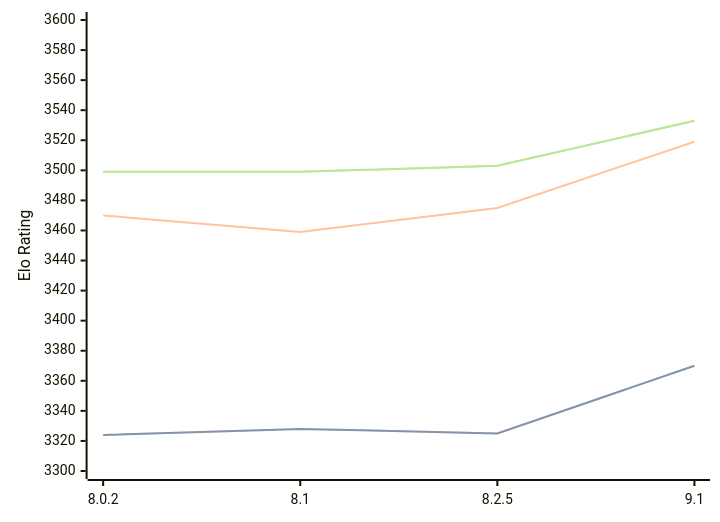
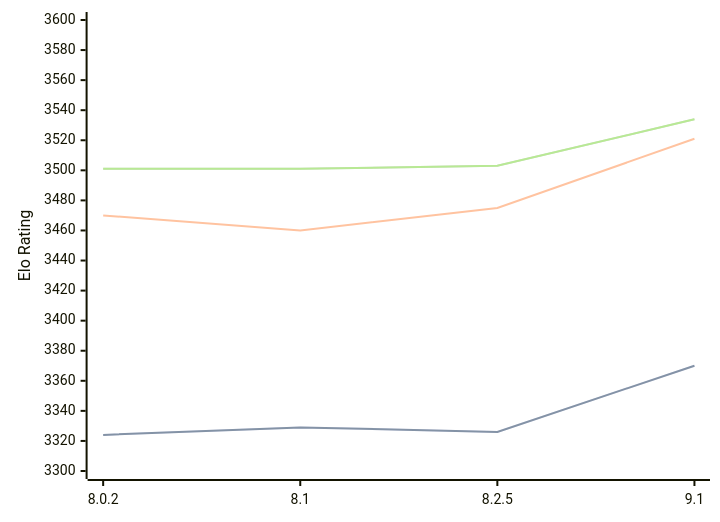
The third of 3 diagrams in engines/Clover.md (computer-chess-index/cci), drawn with Mermaid before and after one commit. The commit also changed other lines of this file, not shown here.

Commit message:
Update CCI Ratings (ELO VLTC) - 2026-06-24

````diff
--- a/engines/Clover.md
+++ b/engines/Clover.md
@@ -97,11 +97,11 @@
 ```mermaid
 %%{init: {"theme":"base","themeVariables":{"seriesColors:['#a3a3a3','#222221','#faa371']}}}%%
 xychart-beta
   x-axis ["8.0.2", "8.1", "8.2.5", "9.1"]
   y-axis "Elo Rating" 3300 --> 3600
-  line "STC (8.0+0.08s)" [3324, 3328, 3325, 3370]
-  line "STC (8.0+0.08s)" [3324, 3328, 3325, 3370]
-  line "LTC (60.0+0.60s)" [3470, 3459, 3475, 3519]
-  line "VLTC (2m24s+1.12s)" [3499, 3499, 3503, 3533]
-  line "VLTC (2m24s+1.12s)" [3499, 3499, 3503, 3533]
+  line "STC (8.0+0.08s)" [3324, 3329, 3326, 3370]
+  line "STC (8.0+0.08s)" [3324, 3329, 3326, 3370]
+  line "LTC (60.0+0.60s)" [3470, 3460, 3475, 3521]
+  line "VLTC (2m24s+1.12s)" [3501, 3501, 3503, 3534]
+  line "VLTC (2m24s+1.12s)" [3501, 3501, 3503, 3534]
 ```
````
